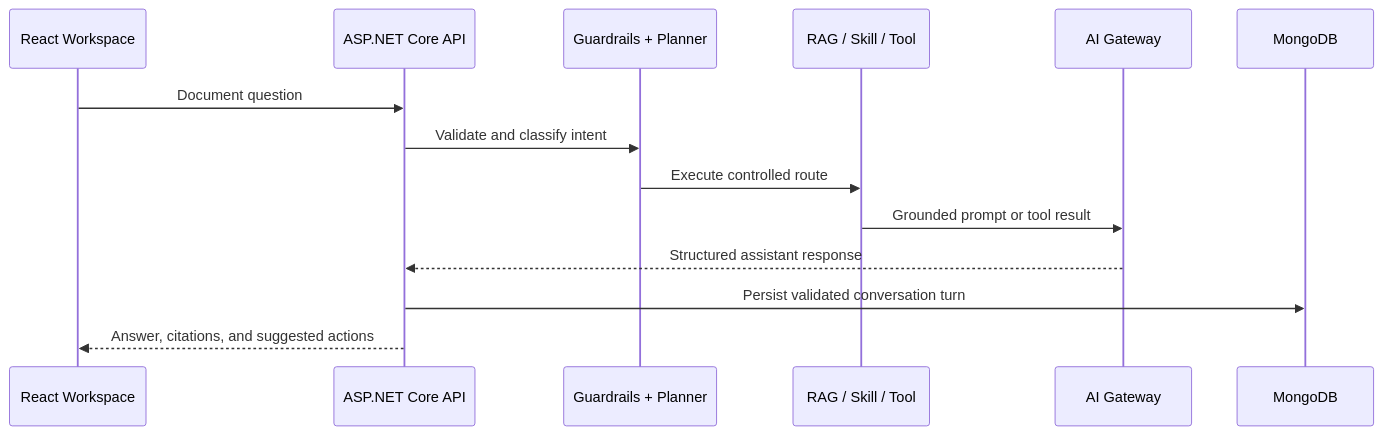
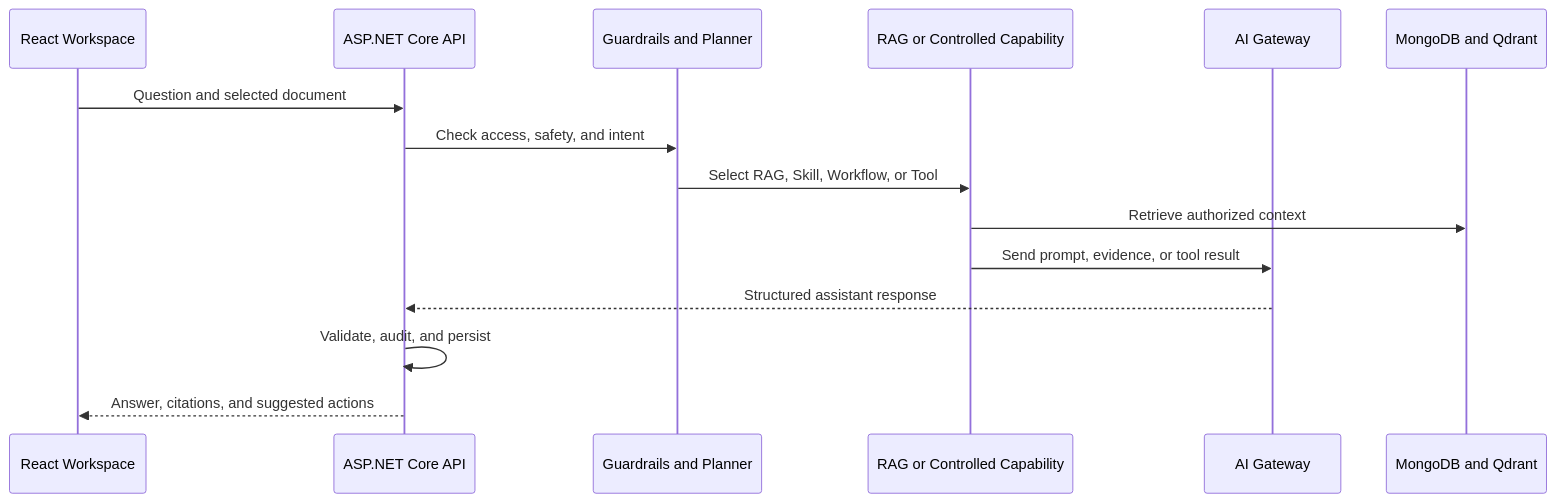
The second of 2 diagrams in README.md (haoyucheng369-gif/enterprise-ai-document-assistant), drawn with Mermaid before and after one commit. The commit also changed other lines of this file and 21 other files, not shown here.

````diff
--- a/README.md
+++ b/README.md
@@ -45,17 +37,18 @@
 ```mermaid
 sequenceDiagram
     participant UI as React Workspace
     participant API as ASP.NET Core API
-    participant Plan as Guardrails + Planner
-    participant Capability as RAG / Skill / Tool
+    participant Route as Guardrails and Planner
+    participant App as RAG or Controlled Capability
     participant AI as AI Gateway
-    participant DB as MongoDB
+    participant Data as MongoDB and Qdrant
 
-    UI->>API: Document question
-    API->>Plan: Validate and classify intent
-    Plan->>Capability: Execute controlled route
-    Capability->>AI: Grounded prompt or tool result
+    UI->>API: Question and selected document
+    API->>Route: Check access, safety, and intent
+    Route->>App: Select RAG, Skill, Workflow, or Tool
+    App->>Data: Retrieve authorized context
+    App->>AI: Send prompt, evidence, or tool result
     AI-->>API: Structured assistant response
-    API->>DB: Persist validated conversation turn
+    API->>API: Validate, audit, and persist
     API-->>UI: Answer, citations, and suggested actions
 ```
````
